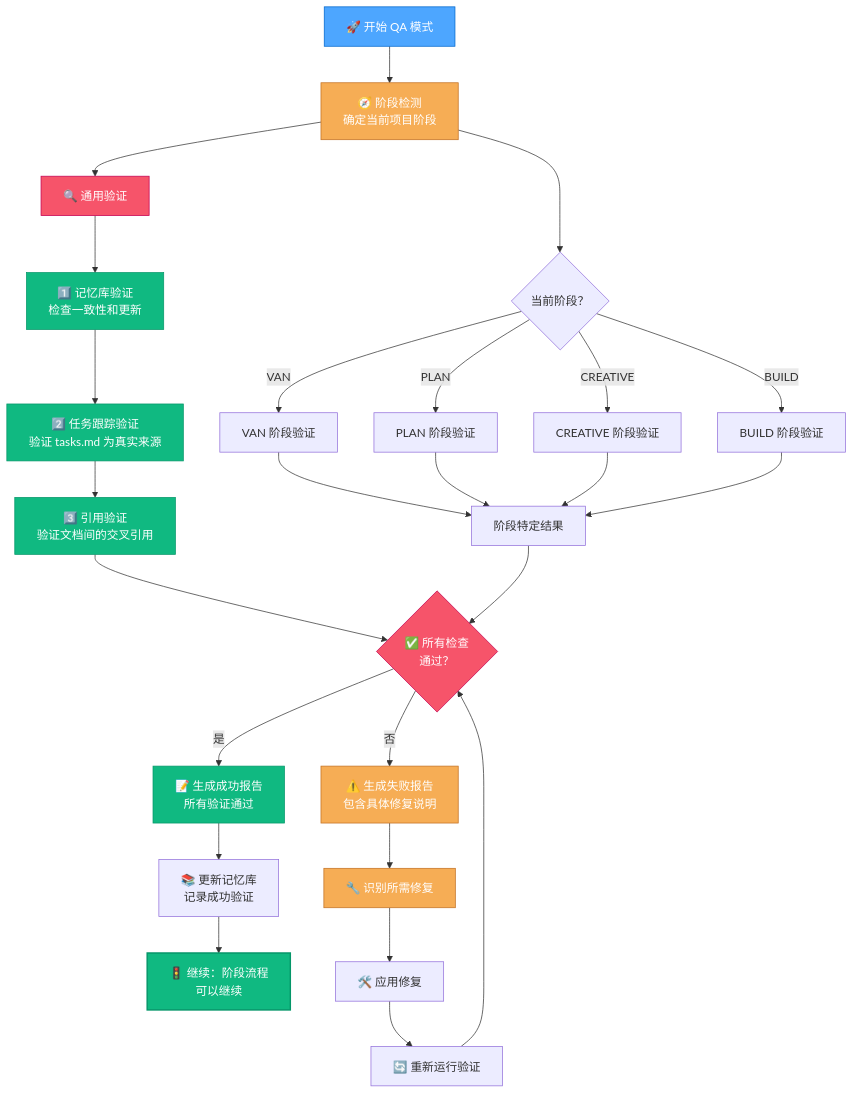
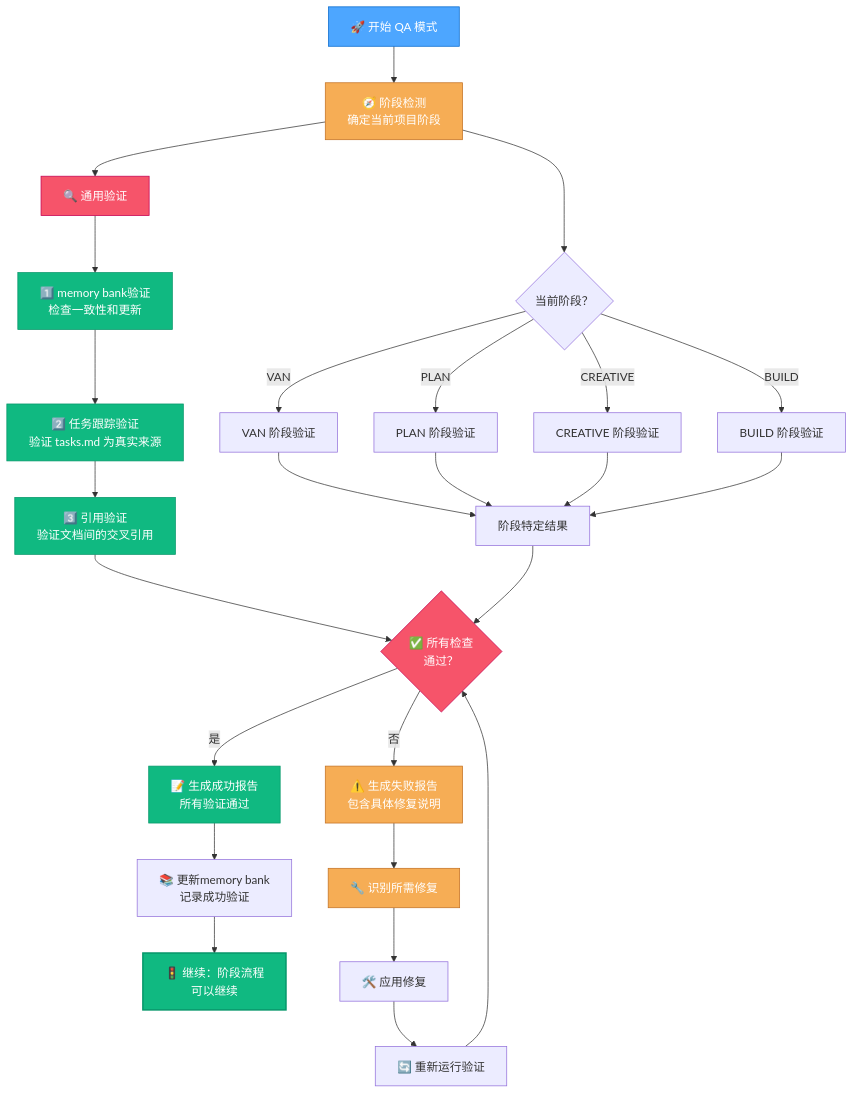
The first of 10 diagrams in .cursor/rules/isolation_rules/visual-maps/qa-mode-map.mdc (autel-lizhuohang/cursor-memory-bank-cn), drawn with Mermaid before and after one commit. The commit also changed other lines of this file and 33 other files, not shown here.

````diff
--- a/.cursor/rules/isolation_rules/visual-maps/qa-mode-map.mdc
+++ b/.cursor/rules/isolation_rules/visual-maps/qa-mode-map.mdc
@@ -12,48 +12,48 @@
 ```mermaid
 graph TD
     Start["🚀 开始 QA 模式"] --> DetectPhase["🧭 阶段检测<br>确定当前项目阶段"]
 
     %% 阶段检测决策路径
     DetectPhase --> PhaseDetermination{"当前阶段？"}
     PhaseDetermination -->|"VAN"| VANChecks["VAN 阶段验证"]
     PhaseDetermination -->|"PLAN"| PLANChecks["PLAN 阶段验证"]
     PhaseDetermination -->|"CREATIVE"| CREATIVEChecks["CREATIVE 阶段验证"]
     PhaseDetermination -->|"BUILD"| BUILDChecks["BUILD 阶段验证"]
 
     %% 适用于所有阶段的通用检查
     DetectPhase --> UniversalChecks["🔍 通用验证"]
-    UniversalChecks --> MemoryBankCheck["1️⃣ 记忆库验证<br>检查一致性和更新"]
+    UniversalChecks --> MemoryBankCheck["1️⃣ memory bank验证<br>检查一致性和更新"]
     MemoryBankCheck --> TaskTrackingCheck["2️⃣ 任务跟踪验证<br>验证 tasks.md 为真实来源"]
     TaskTrackingCheck --> ReferenceCheck["3️⃣ 引用验证<br>验证文档间的交叉引用"]
 
     %% 阶段特定验证汇入综合报告
     VANChecks & PLANChecks & CREATIVEChecks & BUILDChecks --> PhaseSpecificResults["阶段特定结果"]
     ReferenceCheck & PhaseSpecificResults --> ValidationResults{"✅ 所有检查<br>通过？"}
 
     %% 结果处理
     ValidationResults -->|"是"| SuccessReport["📝 生成成功报告<br>所有验证通过"]
     ValidationResults -->|"否"| FailureReport["⚠️ 生成失败报告<br>包含具体修复说明"]
 
     %% 成功路径
-    SuccessReport --> UpdateMB["📚 更新记忆库<br>记录成功验证"]
+    SuccessReport --> UpdateMB["📚 更新memory bank<br>记录成功验证"]
     UpdateMB --> ContinueProcess["🚦 继续：阶段流程<br>可以继续"]
 
     %% 失败路径
     FailureReport --> IdentifyFixes["🔧 识别所需修复"]
     IdentifyFixes --> ApplyFixes["🛠️ 应用修复"]
     ApplyFixes --> Revalidate["🔄 重新运行验证"]
     Revalidate --> ValidationResults
 
     %% 节点样式
     style Start fill:#4da6ff,stroke:#0066cc,color:white
     style DetectPhase fill:#f6ad55,stroke:#c27022,color:white
     style UniversalChecks fill:#f6546a,stroke:#c30052,color:white
     style MemoryBankCheck fill:#10b981,stroke:#059669,color:white
     style TaskTrackingCheck fill:#10b981,stroke:#059669,color:white
     style ReferenceCheck fill:#10b981,stroke:#059669,color:white
     style ValidationResults fill:#f6546a,stroke:#c30052,color:white
     style SuccessReport fill:#10b981,stroke:#059669,color:white
     style FailureReport fill:#f6ad55,stroke:#c27022,color:white
     style ContinueProcess fill:#10b981,stroke:#059669,color:white,stroke-width:2px
     style IdentifyFixes fill:#f6ad55,stroke:#c27022,color:white
 ```
````
